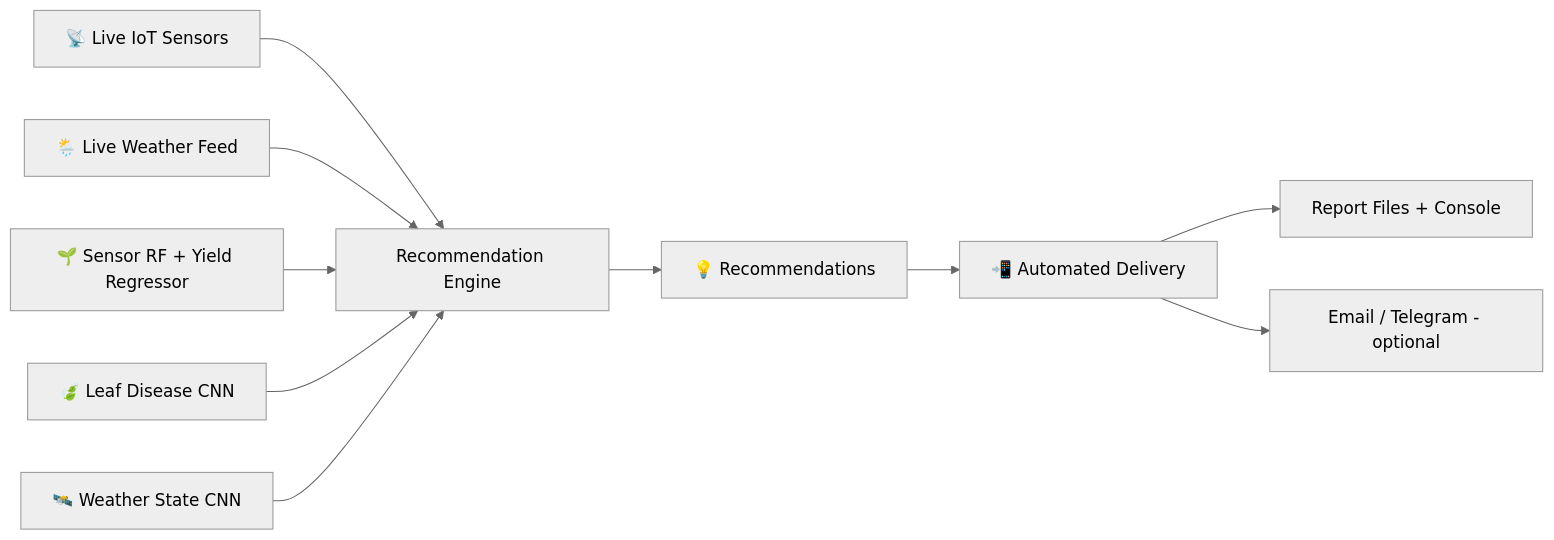
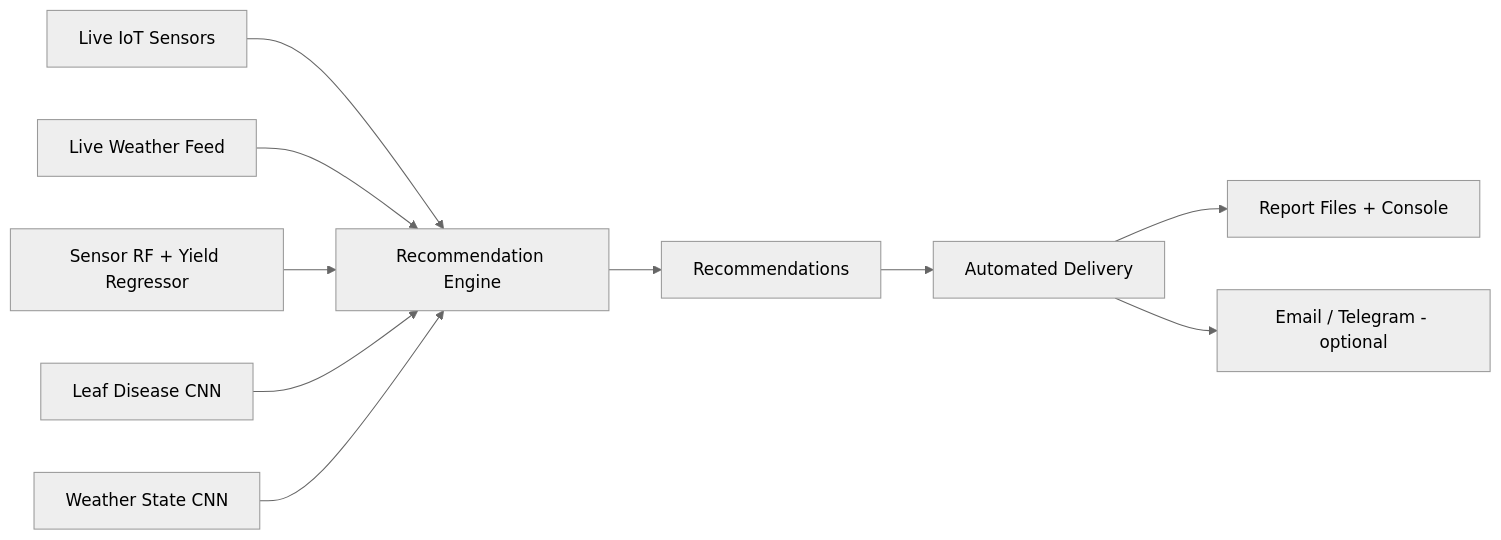
Before and after one commit to yadhav07/farm-advisory-platform: the third of 5 diagrams in project_architecture.md, drawn with Mermaid (neutral theme). The commit also changed other lines of this file and 59 other files, not shown here.

````diff
--- a/project_architecture.md
+++ b/project_architecture.md
@@ -286,12 +293,12 @@
 ```mermaid
 flowchart LR
-    A[📡 Live IoT Sensors] --> D[Recommendation Engine]
-    B[🌦️ Live Weather Feed] --> D
-    C1[🌱 Sensor RF + Yield Regressor] --> D
-    C2[🍃 Leaf Disease CNN] --> D
-    C3[🛰️ Weather State CNN] --> D
-    D --> E[💡 Recommendations]
-    E --> F[📲 Automated Delivery]
+    A[Live IoT Sensors] --> D[Recommendation Engine]
+    B[Live Weather Feed] --> D
+    C1[Sensor RF + Yield Regressor] --> D
+    C2[Leaf Disease CNN] --> D
+    C3[Weather State CNN] --> D
+    D --> E[Recommendations]
+    E --> F[Automated Delivery]
     F --> G[Report Files + Console]
     F --> H[Email / Telegram - optional]
 ```
````
